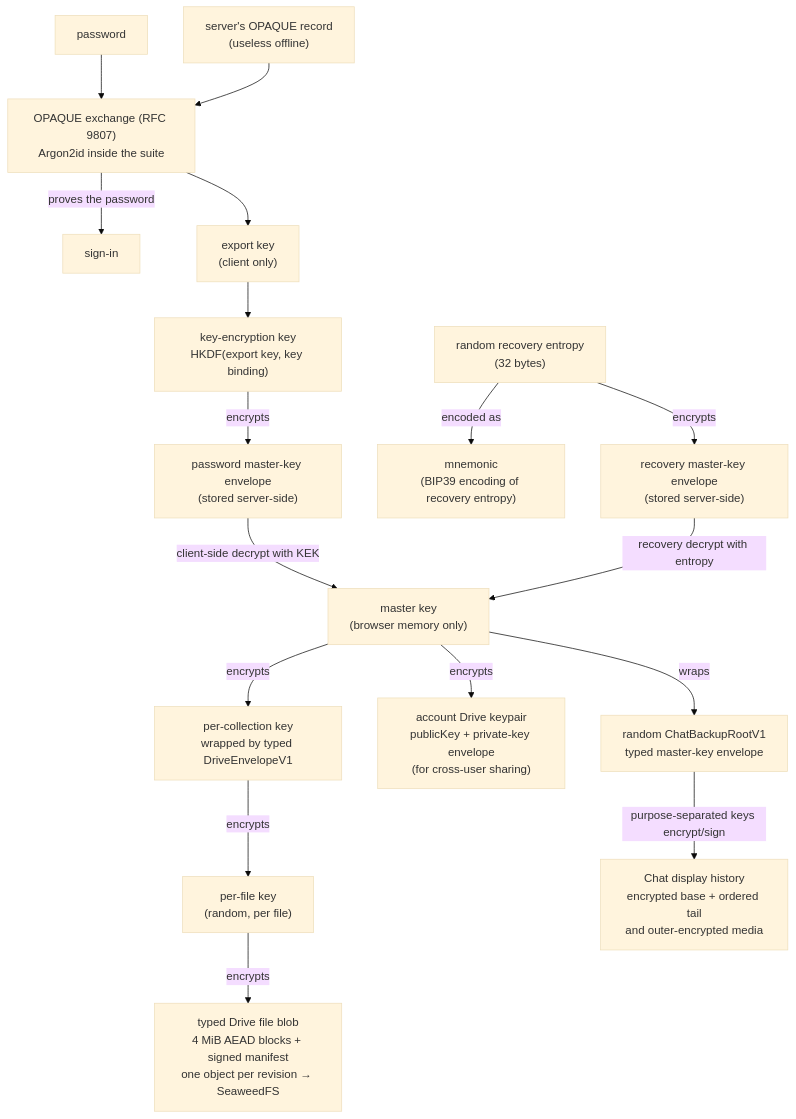
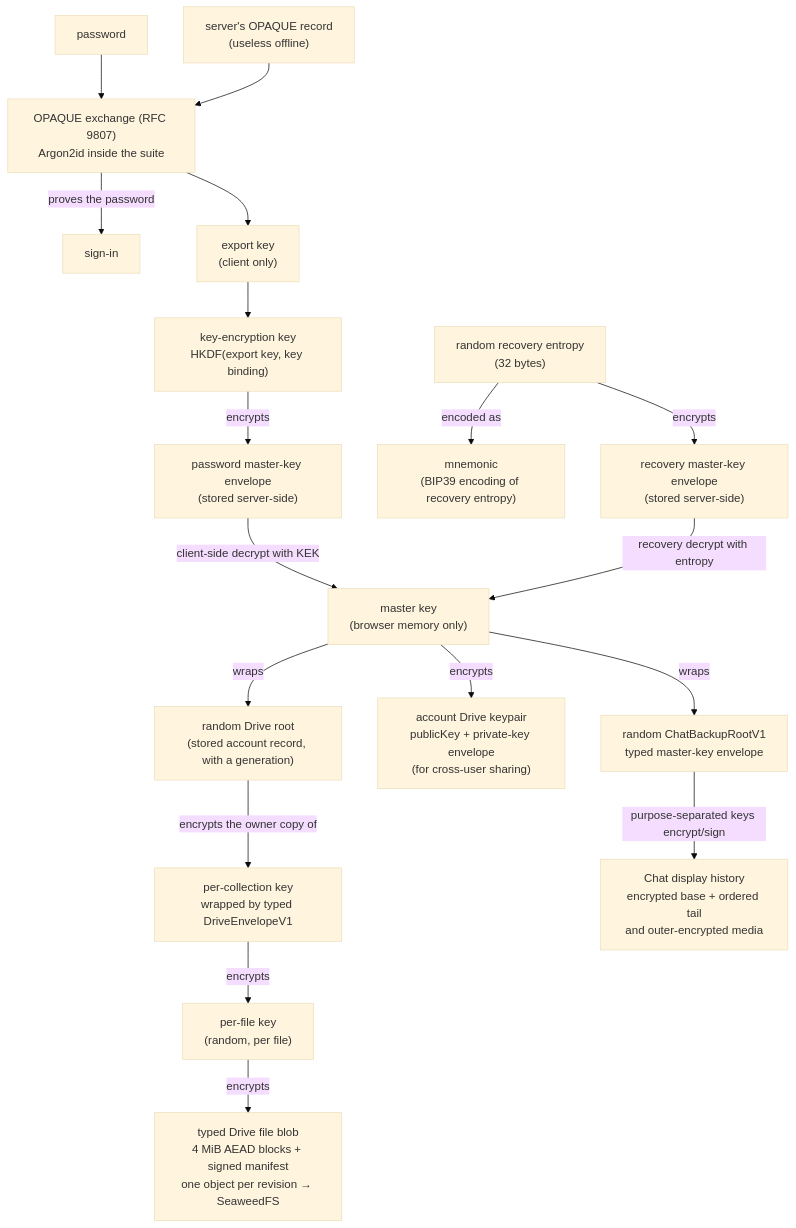
Before and after one commit to kutupbt/kutup: the first of 4 diagrams in docs/architecture.md, drawn with Mermaid (base theme). The commit also changed other lines of this file and 66 other files, not shown here.

First line of the commit message:
feat(drive): own folder keys, link owner copies and the top-level name key under the Drive root

````diff
--- a/docs/architecture.md
+++ b/docs/architecture.md
@@ -26,36 +26,38 @@
 ```mermaid
 flowchart TD
     P["password"]
     OP["OPAQUE exchange (RFC 9807)<br/>Argon2id inside the suite"]
     REC["server's OPAQUE record<br/>(useless offline)"]
     EK["export key<br/>(client only)"]
     KEK["key-encryption key<br/>HKDF(export key, key binding)"]
     RE["random recovery entropy<br/>(32 bytes)"]
     M["mnemonic<br/>(BIP39 encoding of recovery entropy)"]
     EMK["password master-key envelope<br/>(stored server-side)"]
     ERK["recovery master-key envelope<br/>(stored server-side)"]
     MK["master key<br/>(browser memory only)"]
+    DR["random Drive root<br/>(stored account record, with a generation)"]
     CK["per-collection key<br/>wrapped by typed DriveEnvelopeV1"]
     DRIVE["account Drive keypair<br/>publicKey + private-key envelope<br/>(for cross-user sharing)"]
     CBR["random ChatBackupRootV1<br/>typed master-key envelope"]
     CBO["Chat display history<br/>encrypted base + ordered tail<br/>and outer-encrypted media"]
     FK["per-file key<br/>(random, per file)"]
     BLOB["typed Drive file blob<br/>4 MiB AEAD blocks + signed manifest<br/>one object per revision → SeaweedFS"]
 
     P --> OP
     REC --> OP
     OP -->|proves the password| AUTH["sign-in"]
     OP --> EK
     EK --> KEK
     RE -->|encoded as| M
     KEK -->|encrypts| EMK
     RE -->|encrypts| ERK
     EMK -->|client-side decrypt with KEK| MK
     ERK -->|recovery decrypt with entropy| MK
-    MK -->|encrypts| CK
+    MK -->|wraps| DR
+    DR -->|encrypts the owner copy of| CK
     MK -->|encrypts| DRIVE
     MK -->|wraps| CBR
     CBR -->|purpose-separated keys encrypt/sign| CBO
     CK -->|encrypts| FK
     FK -->|encrypts| BLOB
 ```
````
